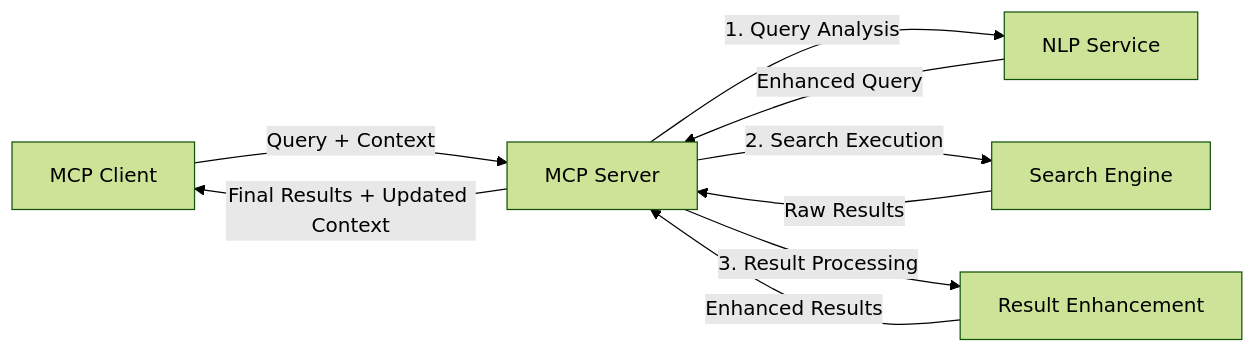
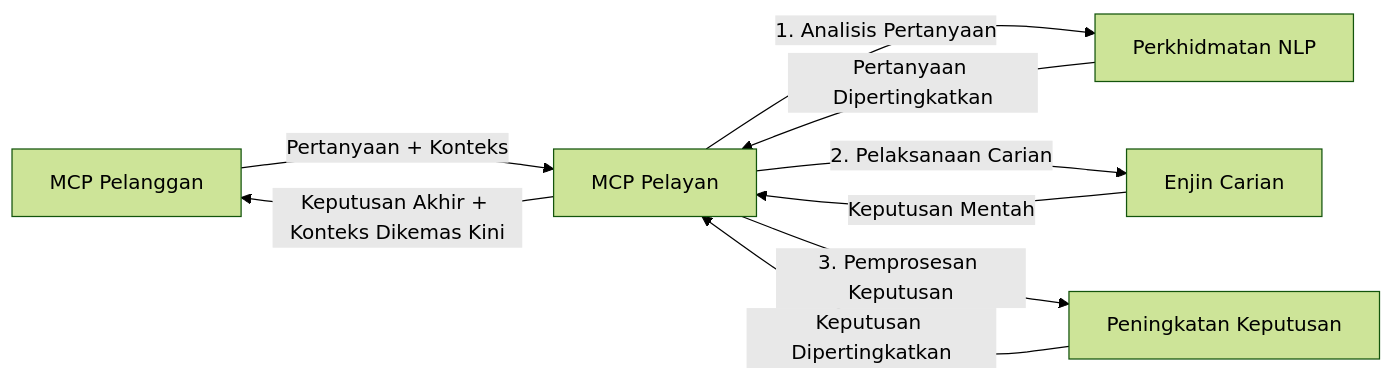
One commit to HIDORAKAI002/ai-workspace-archive changed the fourth of 4 diagrams in mcp_ecosystem__model_context_protocol/mcp_learning_resources/mcp-for-beginners/translations/ms/05-AdvancedTopics/mcp-realtimesearch/README.md. Above: the diagram before and after it, drawn with Mermaid (forest theme). The commit also changed other lines of this file and 1539 other files, not shown here.

````diff
--- a/mcp_ecosystem__model_context_protocol/mcp_learning_resources/mcp-for-beginners/translations/ms/05-AdvancedTopics/mcp-realtimesearch/README.md
+++ b/mcp_ecosystem__model_context_protocol/mcp_learning_resources/mcp-for-beginners/translations/ms/05-AdvancedTopics/mcp-realtimesearch/README.md
@@ -65,11 +626,11 @@
 ```mermaid
 graph LR
-    Client[MCP Client] --> |Query + Context| Server[MCP Server]
-    Server --> |1. Query Analysis| NLP[NLP Service]
-    NLP --> |Enhanced Query| Server
-    Server --> |2. Search Execution| Search[Search Engine]
-    Search --> |Raw Results| Server
-    Server --> |3. Result Processing| Enhancement[Result Enhancement]
-    Enhancement --> |Enhanced Results| Server
-    Server --> |Final Results + Updated Context| Client
+    Client[MCP Pelanggan] --> |Pertanyaan + Konteks| Server[MCP Pelayan]
+    Server --> |1. Analisis Pertanyaan| NLP[Perkhidmatan NLP]
+    NLP --> |Pertanyaan Dipertingkatkan| Server
+    Server --> |2. Pelaksanaan Carian| Search[Enjin Carian]
+    Search --> |Keputusan Mentah| Server
+    Server --> |3. Pemprosesan Keputusan| Enhancement[Peningkatan Keputusan]
+    Enhancement --> |Keputusan Dipertingkatkan| Server
+    Server --> |Keputusan Akhir + Konteks Dikemas Kini| Client
 ```
````
